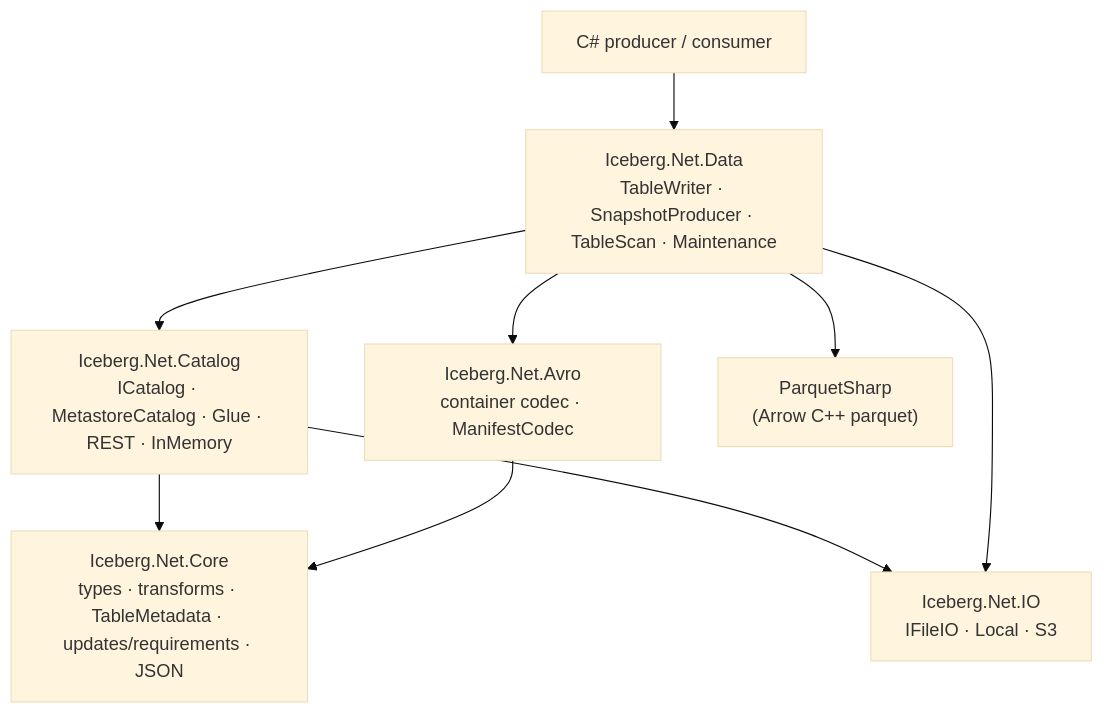
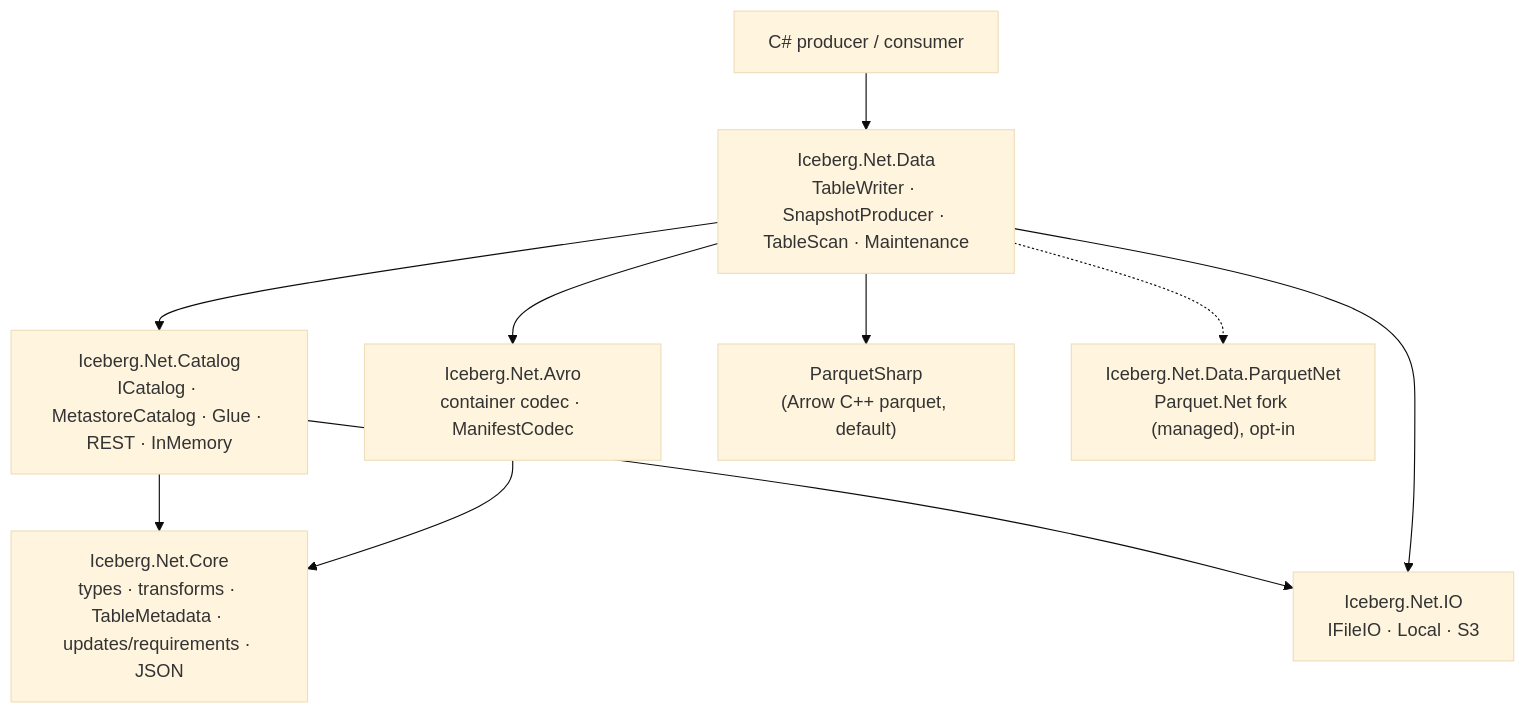
Before and after one commit to rtkelly-labs/Iceberg.NET: the first of 2 diagrams in docs/architecture.md, drawn with Mermaid (base theme). The commit also changed other lines of this file and 28 other files, not shown here.

````diff
--- a/docs/architecture.md
+++ b/docs/architecture.md
@@ -5,11 +5,12 @@
 ```mermaid
 flowchart TD
   App["C# producer / consumer"] --> Data["Iceberg.Net.Data<br/>TableWriter · SnapshotProducer · TableScan · Maintenance"]
   Data --> Catalog["Iceberg.Net.Catalog<br/>ICatalog · MetastoreCatalog · Glue · REST · InMemory"]
   Data --> Avro["Iceberg.Net.Avro<br/>container codec · ManifestCodec"]
-  Data --> Parquet["ParquetSharp<br/>(Arrow C++ parquet)"]
+  Data --> Parquet["ParquetSharp<br/>(Arrow C++ parquet, default)"]
+  Data -.-> ParquetNet["Iceberg.Net.Data.ParquetNet<br/>Parquet.Net fork (managed), opt-in"]
   Catalog --> Core["Iceberg.Net.Core<br/>types · transforms · TableMetadata · updates/requirements · JSON"]
   Avro --> Core
   Catalog --> IO["Iceberg.Net.IO<br/>IFileIO · Local · S3"]
   Data --> IO
 ```
````
